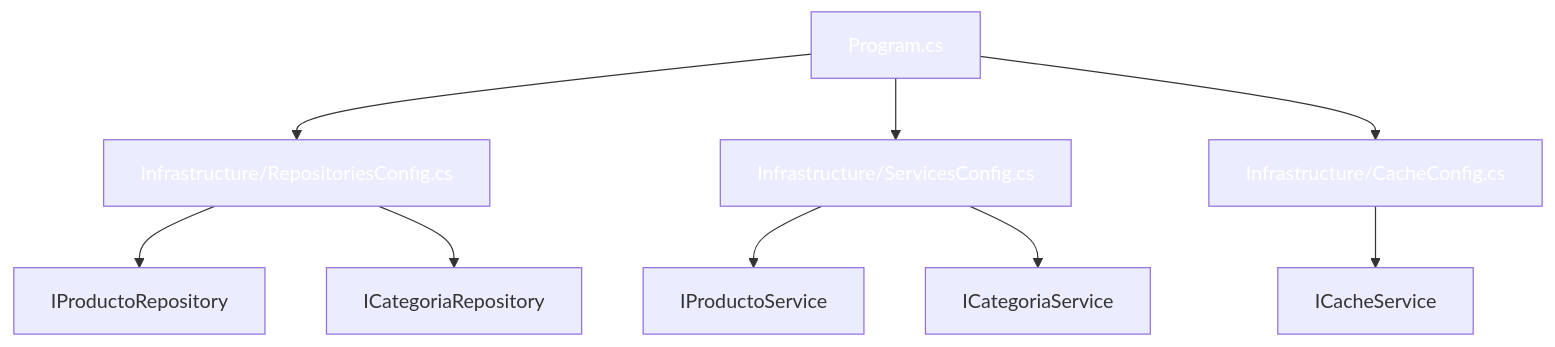
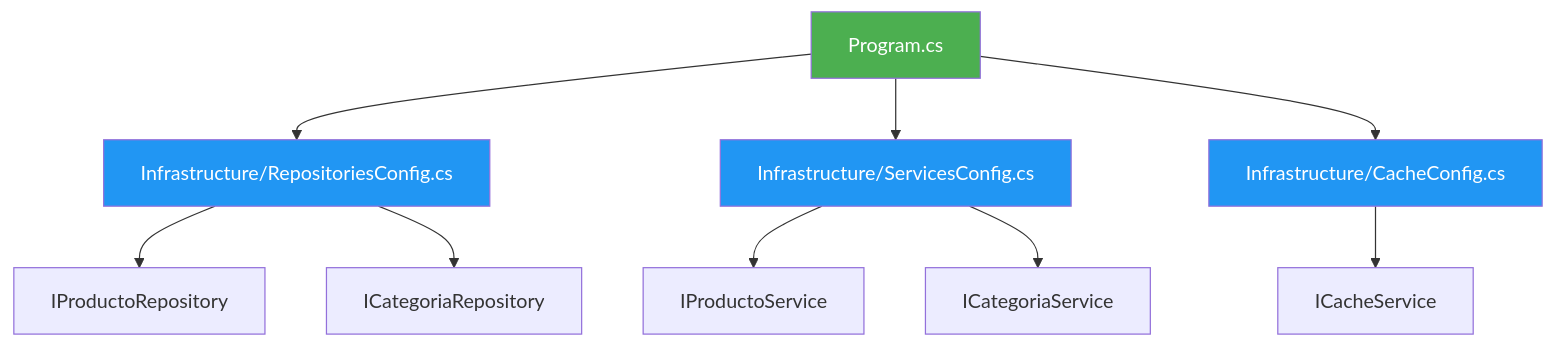
The fifth of 5 diagrams in 06-inyeccion-dependencias.md (joseluisgs/DesarrolloWebEntornosServidor-02-2026-2027), drawn with Mermaid before and after one commit. The commit also changed other lines of this file and 29 other files, not shown here.

Commit message:
docs: corregir estilos Mermaid y estilo, quitar referencias a la Tienda y reestructurar los retos 13 y 15

````diff
--- a/06-inyeccion-dependencias.md
+++ b/06-inyeccion-dependencias.md
@@ -842,16 +842,16 @@
 ```mermaid
 flowchart TD
     Program["Program.cs"] --> Config1["Infrastructure/RepositoriesConfig.cs"]
     Program --> Config2["Infrastructure/ServicesConfig.cs"]
     Program --> Config3["Infrastructure/CacheConfig.cs"]
     Config1 --> R1["IProductoRepository"]
     Config1 --> R2["ICategoriaRepository"]
     Config2 --> S1["IProductoService"]
     Config2 --> S2["ICategoriaService"]
     Config3 --> C1["ICacheService"]
 
-    style Program fill:#4CAF5,color:#fff0,color:#fff
-    style Config1 fill:#2196F,color:#fff3,color:#fff
-    style Config2 fill:#2196F,color:#fff3,color:#fff
-    style Config3 fill:#2196F,color:#fff3,color:#fff
+    style Program fill:#4CAF50,color:#fff
+    style Config1 fill:#2196F3,color:#fff
+    style Config2 fill:#2196F3,color:#fff
+    style Config3 fill:#2196F3,color:#fff
 ```
````
